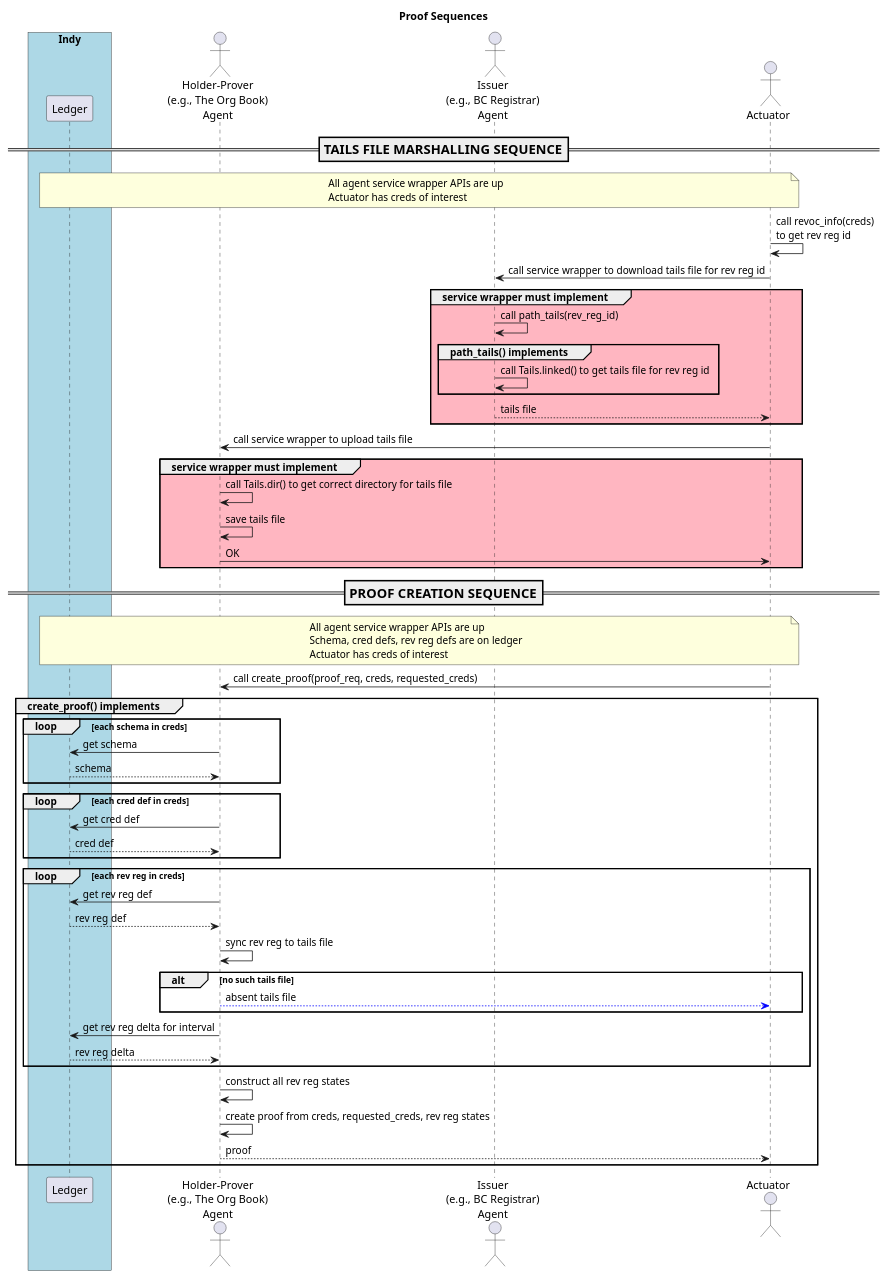
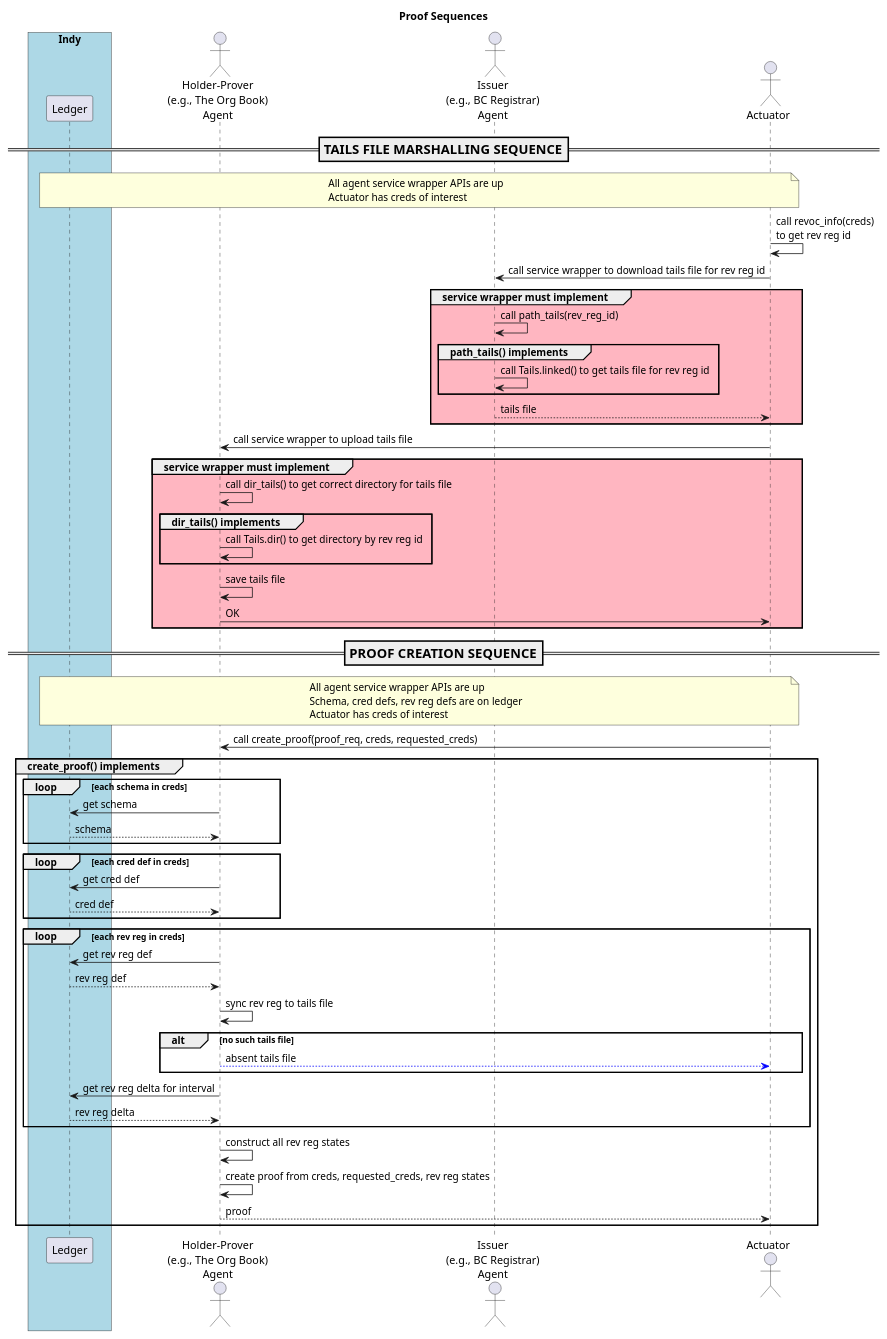
One commit to PSPC-SPAC-buyandsell/von_base changed the diagram in doc/pic/src/proof.puml. Above: the diagram before and after it, drawn with PlantUML. The commit also changed 7 other files, not shown here.

```diff
--- a/doc/pic/src/proof.puml
+++ b/doc/pic/src/proof.puml
@@ -1,88 +1,91 @@
 @startuml
 /'
 Copyright 2017-2018 Government of Canada - Public Services and Procurement Canada - buyandsell.gc.ca
 
 Licensed under the Apache License, Version 2.0 (the "License");
 you may not use this file except in compliance with the License.
 You may obtain a copy of the License at
 
 http://www.apache.org/licenses/LICENSE-2.0
 
 Unless required by applicable law or agreed to in writing, software
 distributed under the License is distributed on an "AS IS" BASIS,
 WITHOUT WARRANTIES OR CONDITIONS OF ANY KIND, either express or implied.
 See the License for the specific language governing permissions and
 limitations under the License.
 '/
 
 skinparam ParticipantPadding 20
 skinparam BoxPadding 20
 
 title Proof Sequences
 
 box "Indy" #LightBlue
     participant "Ledger" as ledger
 endbox
 
 actor "Holder-Prover\n(e.g., The Org Book)\nAgent" as obag
 actor "Issuer\n(e.g., BC Registrar)\nAgent" as bcrag
 actor "Actuator" as ator
 
 === TAILS FILE MARSHALLING SEQUENCE ==
 note over ledger, ator
 All agent service wrapper APIs are up
 Actuator has creds of interest
 endnote
 
 ator -> ator: call revoc_info(creds)\nto get rev reg id
 ator -> bcrag: call service wrapper to download tails file for rev reg id
 group #lightPink service wrapper must implement
     bcrag -> bcrag: call path_tails(rev_reg_id)
     group path_tails() implements
         bcrag -> bcrag: call Tails.linked() to get tails file for rev reg id
     end
     bcrag --> ator: tails file
 end
 
 ator -> obag: call service wrapper to upload tails file
 group #lightPink service wrapper must implement
-    obag -> obag: call Tails.dir() to get correct directory for tails file
+    obag -> obag: call dir_tails() to get correct directory for tails file
+    group dir_tails() implements
+        obag -> obag: call Tails.dir() to get directory by rev reg id
+    end
     obag -> obag: save tails file
     obag -> ator: OK
 end
 
 === PROOF CREATION SEQUENCE ==
 note over ledger, ator
 All agent service wrapper APIs are up
 Schema, cred defs, rev reg defs are on ledger
 Actuator has creds of interest
 endnote
 
 ator -> obag: call create_proof(proof_req, creds, requested_creds)
 group create_proof() implements
     loop each schema in creds
         obag -> ledger: get schema
         ledger --> obag: schema
     end
 
     loop each cred def in creds
         obag -> ledger: get cred def
         ledger --> obag: cred def
     end
 
     loop each rev reg in creds
         obag -> ledger: get rev reg def
         ledger --> obag: rev reg def
         obag -> obag: sync rev reg to tails file
         alt no such tails file
             obag -[#blue]-> ator: absent tails file
         end
         obag -> ledger: get rev reg delta for interval
         ledger --> obag: rev reg delta
     end
     obag -> obag: construct all rev reg states
     obag -> obag: create proof from creds, requested_creds, rev reg states
     obag --> ator: proof
 end
 
 @enduml
```
